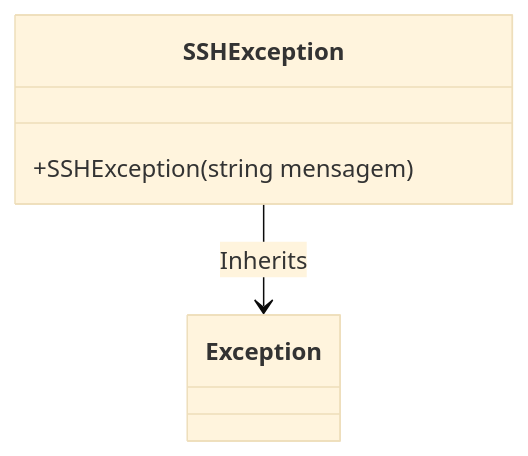
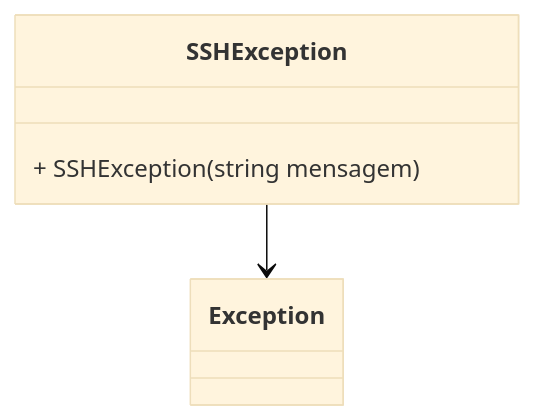
Before and after one commit to IsthmusSistemas/documentacao-tecnica: the diagram in docs/b2b-dominio/IsthmusWinthor.Nucleo/IsthmusWinthor.Dominio/Exceptions/SSHException.md, drawn with Mermaid (base theme). The commit also changed other lines of this file and 882 other files, not shown here.

````diff
--- a/docs/b2b-dominio/IsthmusWinthor.Nucleo/IsthmusWinthor.Dominio/Exceptions/SSHException.md
+++ b/docs/b2b-dominio/IsthmusWinthor.Nucleo/IsthmusWinthor.Dominio/Exceptions/SSHException.md
@@ -27,7 +25,7 @@
 ```mermaid
 classDiagram
     class SSHException {
-        +SSHException(string mensagem)
+        + SSHException(string mensagem)
     }
-    SSHException --> Exception : Inherits
+    SSHException --> Exception
 ```
````
